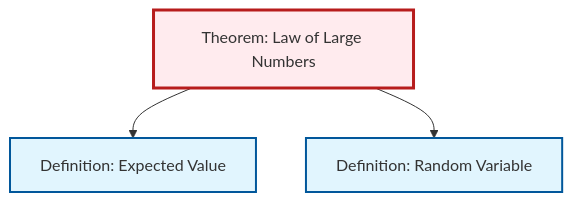
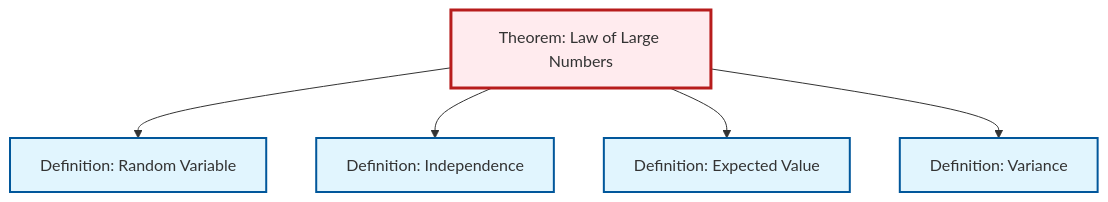
Before and after one commit to RK0429/ModernMath: the second of 2 diagrams in content/ja/probability-statistics/thm-law-of-large-numbers.qmd, drawn with Mermaid. The commit also changed 474 other files, not shown here.

````diff
--- a/content/ja/probability-statistics/thm-law-of-large-numbers.qmd
+++ b/content/ja/probability-statistics/thm-law-of-large-numbers.qmd
@@ -84,17 +84,23 @@
 ```{mermaid}
 %%| fig-cap: "Local dependency graph"
 graph TD
     classDef definition fill:#e1f5fe,stroke:#01579b,stroke-width:2px
     classDef theorem fill:#f3e5f5,stroke:#4a148c,stroke-width:2px
     classDef axiom fill:#fff3e0,stroke:#e65100,stroke-width:2px
     classDef example fill:#e8f5e9,stroke:#1b5e20,stroke-width:2px
     classDef current fill:#ffebee,stroke:#b71c1c,stroke-width:3px
-    def-random-variable["Definition: Random Variable"]:::definition
     thm-law-of-large-numbers["Theorem: Law of Large Numbers"]:::theorem
     def-expectation["Definition: Expected Value"]:::definition
+    def-random-variable["Definition: Random Variable"]:::definition
+    def-independence["Definition: Independence"]:::definition
+    def-variance["Definition: Variance"]:::definition
+    thm-law-of-large-numbers --> def-random-variable
+    thm-law-of-large-numbers --> def-independence
     thm-law-of-large-numbers --> def-expectation
-    thm-law-of-large-numbers --> def-random-variable
+    thm-law-of-large-numbers --> def-variance
     class thm-law-of-large-numbers current
+    click def-expectation "def-expectation.html" "Definition: Expected Valueへ"
     click def-random-variable "def-random-variable.html" "Definition: Random Variableへ"
-    click def-expectation "def-expectation.html" "Definition: Expected Valueへ"
+    click def-independence "def-independence.html" "Definition: Independenceへ"
+    click def-variance "def-variance.html" "Definition: Varianceへ"
 ```
````
